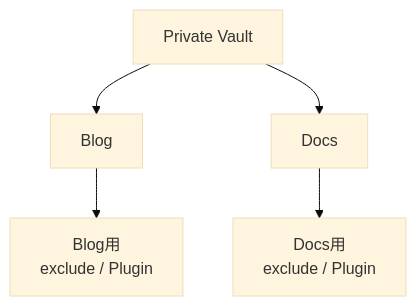
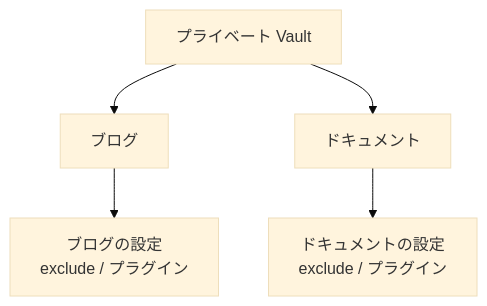
One commit to Rerurate514/riebeckite changed the fourth of 13 diagrams in docs/docs/guides/deployment/separate-content-repository.ja.md. Above: the diagram before and after it, drawn with Mermaid (base theme). The commit also changed other lines of this file and 310 other files, not shown here.

````diff
--- a/docs/docs/guides/deployment/separate-content-repository.ja.md
+++ b/docs/docs/guides/deployment/separate-content-repository.ja.md
@@ -349,10 +164,10 @@
-```mermaid id="mypsn6"
+```mermaid
 flowchart TD
-    Vault["Private Vault"]
+    Vault["プライベート Vault"]
 
-    Vault --> Blog["Blog"]
-    Vault --> Docs["Docs"]
+    Vault --> Blog["ブログ"]
+    Vault --> Docs["ドキュメント"]
 
-    Blog --> BlogRules["Blog用<br/>exclude / Plugin"]
-    Docs --> DocsRules["Docs用<br/>exclude / Plugin"]
+    Blog --> BlogRules["ブログの設定<br/>exclude / プラグイン"]
+    Docs --> DocsRules["ドキュメントの設定<br/>exclude / プラグイン"]
 ```
````
